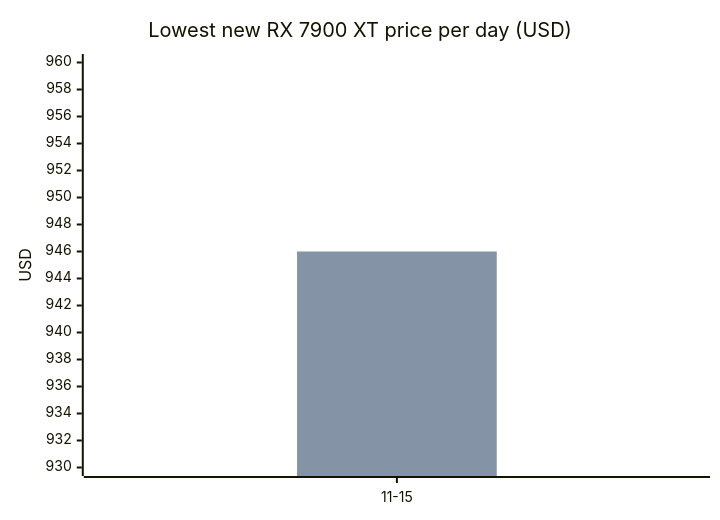
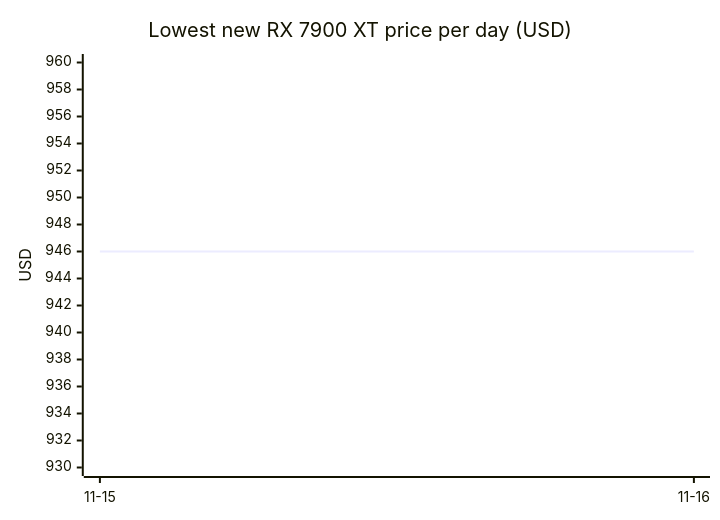
One commit to 7324136828/4tb_ssd_price_watch changed diagram 14 of 16 in README.md. Above: the diagram before and after it, drawn with Mermaid. The commit also changed other lines of this file, not shown here.

````diff
--- a/README.md
+++ b/README.md
@@ -539,8 +620,7 @@
 ```mermaid
 xychart-beta
     title "Lowest new RX 7900 XT price per day (USD)"
-    x-axis ["11-15"]
+    x-axis ["11-15", "11-16"]
     y-axis "USD" 930 --> 960
-    line [946.00]
-    bar [946.00]
+    line [946.00, 946.00]
 ```
````
